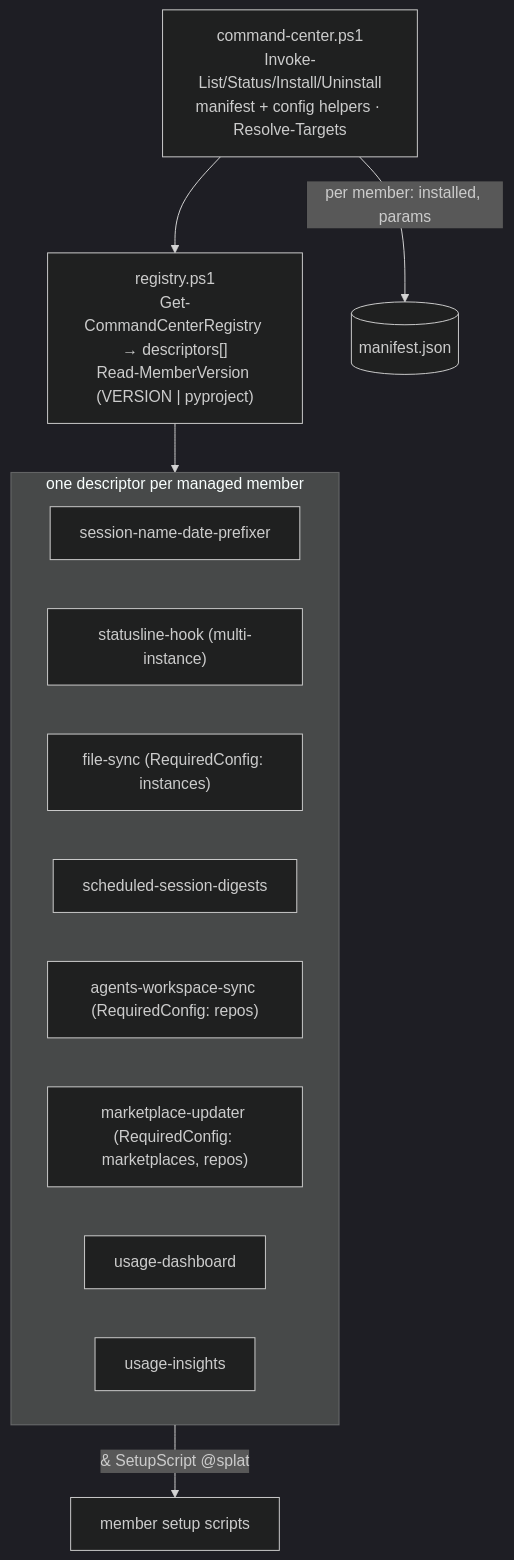
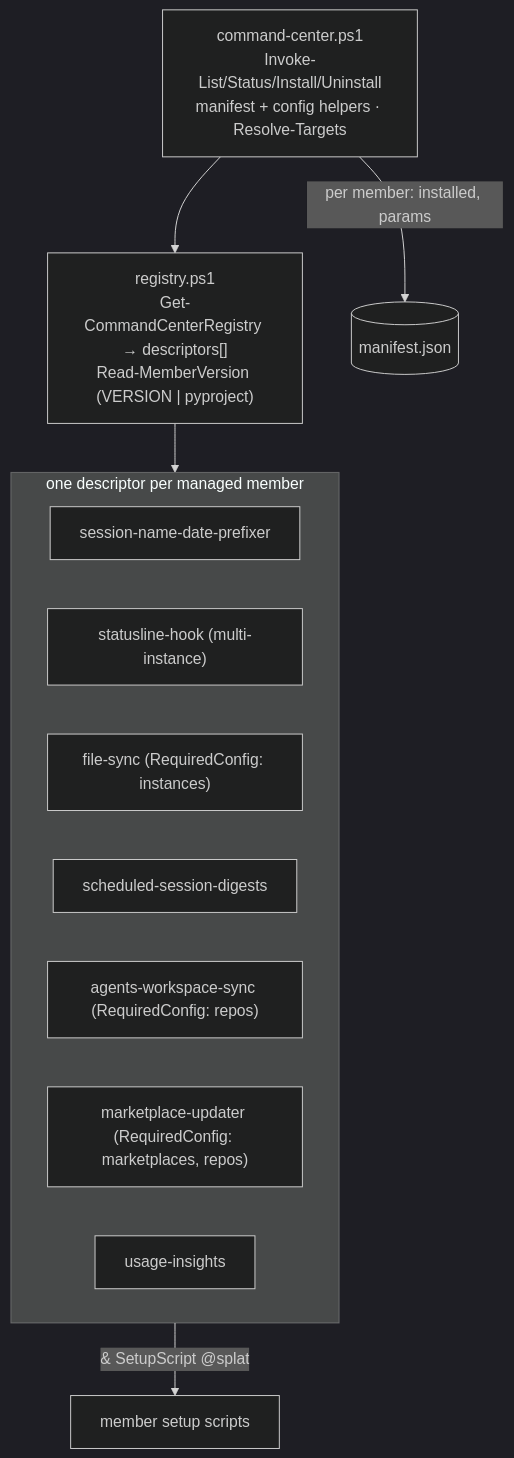
One commit to cheneeheng/claude-code-command-center changed the second of 4 diagrams in setup/product/ARCHITECTURE.md. Above: the diagram before and after it, drawn with Mermaid (dark theme). The commit also changed other lines of this file and 45 other files, not shown here.

First line of the commit message:
chore(usage-dashboard): retire the app in favour of usage-insights

````diff
--- a/setup/product/ARCHITECTURE.md
+++ b/setup/product/ARCHITECTURE.md
@@ -29,18 +29,17 @@
 ```mermaid
 flowchart TD
     cli["command-center.ps1<br/>Invoke-List/Status/Install/Uninstall<br/>manifest + config helpers · Resolve-Targets"]
     registry["registry.ps1<br/>Get-CommandCenterRegistry → descriptors[]<br/>Read-MemberVersion (VERSION | pyproject)"]
     subgraph descriptors["one descriptor per managed member"]
         d1["session-name-date-prefixer"]
         d2["statusline-hook (multi-instance)"]
         d3["file-sync (RequiredConfig: instances)"]
         d4["scheduled-session-digests"]
         d5["agents-workspace-sync (RequiredConfig: repos)"]
         d8["marketplace-updater (RequiredConfig: marketplaces, repos)"]
-        d6["usage-dashboard"]
         d7["usage-insights"]
     end
     cli --> registry --> descriptors
     descriptors -->|"& SetupScript @splat"| member["member setup scripts"]
     cli -->|"per member: installed, params"| manifest[("manifest.json")]
 ```
````
